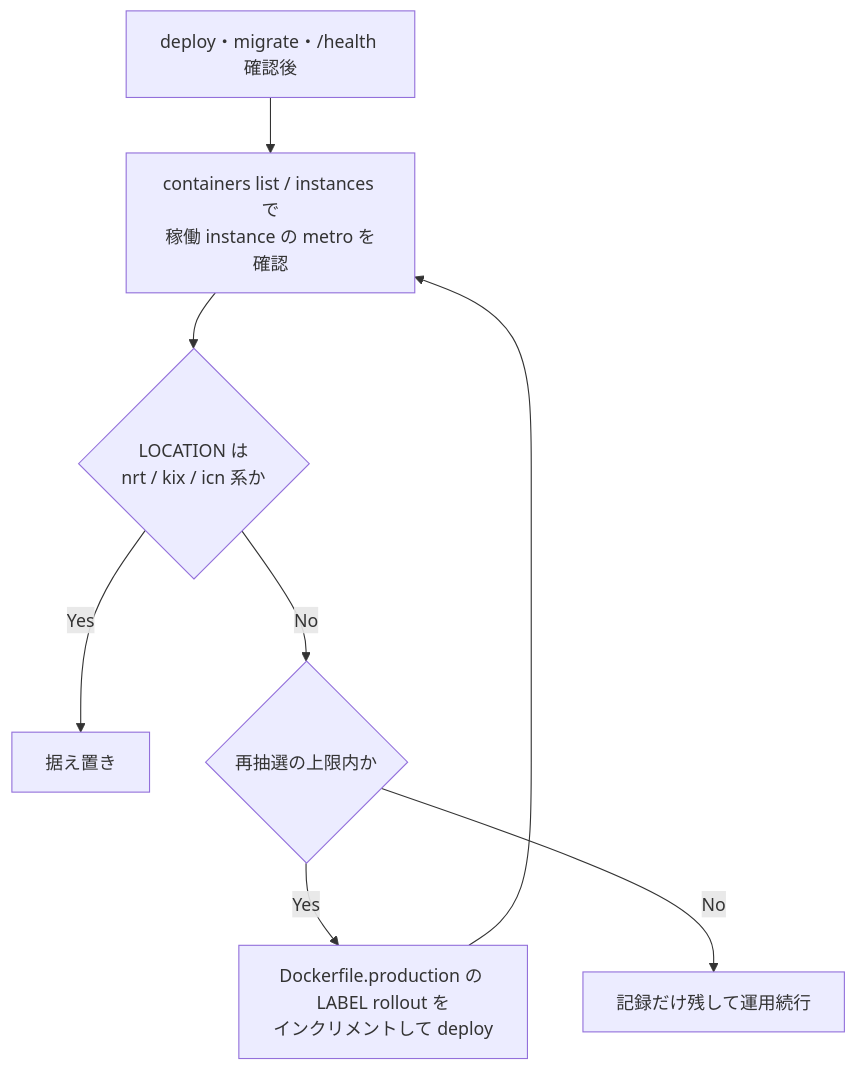
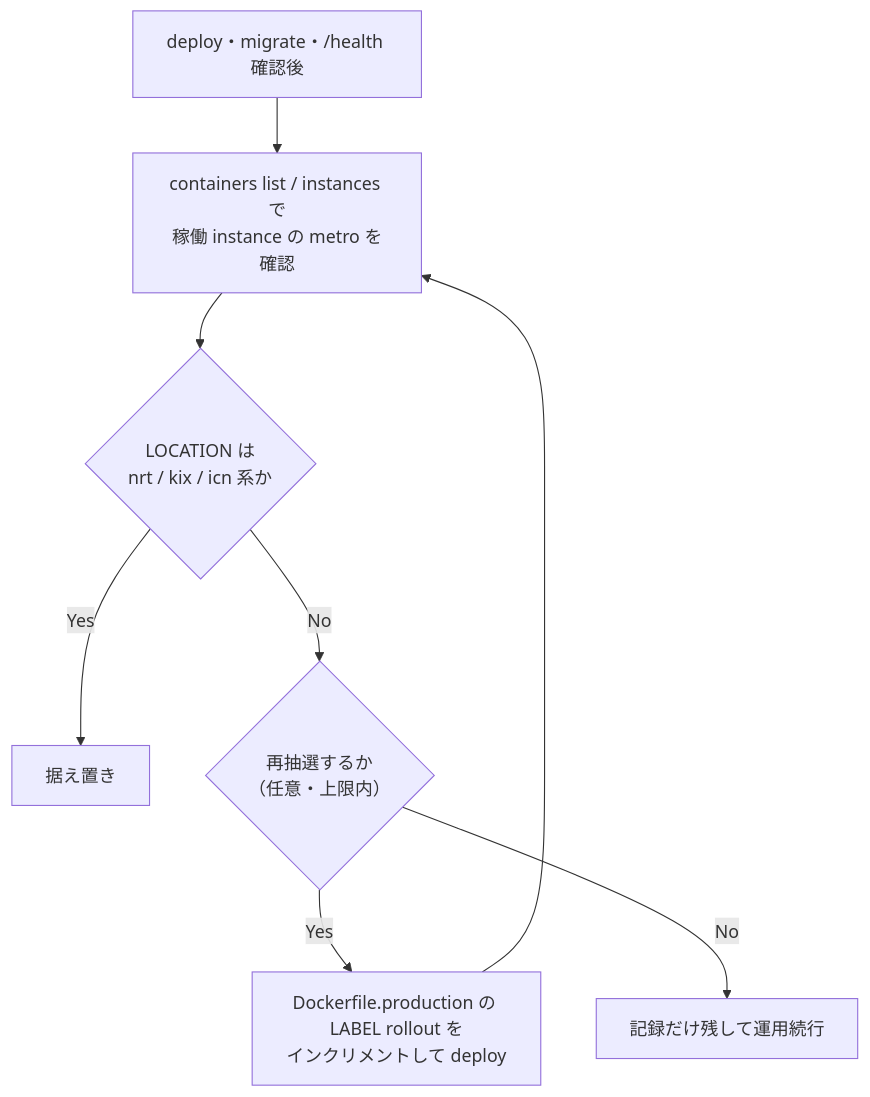
Before and after one commit to MinoruSoga/AnimalEkarte: the diagram in docs/ops/infra/staging/runbook.md, drawn with Mermaid. The commit also changed other lines of this file and 1 other file, not shown here.

````diff
--- a/docs/ops/infra/staging/runbook.md
+++ b/docs/ops/infra/staging/runbook.md
@@ -32,10 +32,10 @@
 ```mermaid
 flowchart TB
     D["deploy・migrate・/health 確認後"] --> C["containers list / instances で<br/>稼働 instance の metro を確認"]
     C --> J{"LOCATION は<br/>nrt / kix / icn 系か"}
     J -->|"Yes"| KEEP["据え置き"]
-    J -->|"No"| LIM{"再抽選の上限内か"}
+    J -->|"No"| LIM{"再抽選するか<br/>（任意・上限内）"}
     LIM -->|"Yes"| BUMP["Dockerfile.production の LABEL rollout を<br/>インクリメントして deploy"]
     BUMP --> C
     LIM -->|"No"| REC["記録だけ残して運用続行"]
 ```
````
